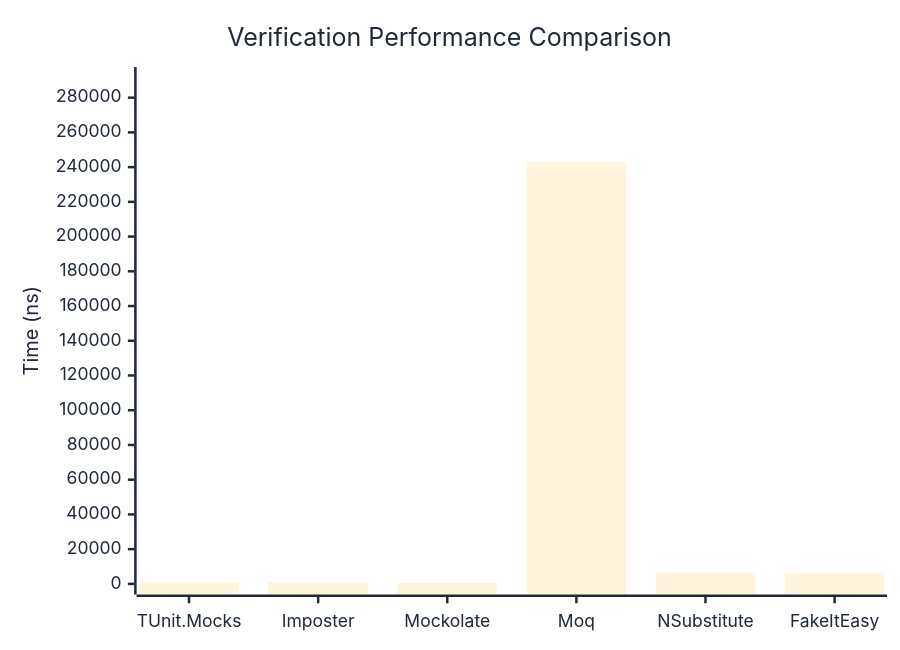
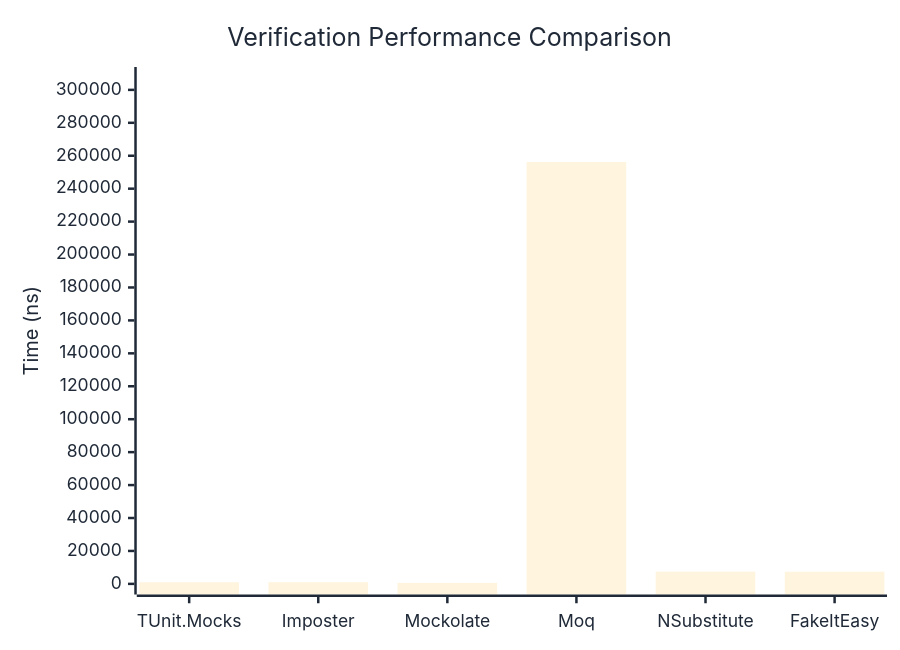
Before and after one commit to thomhurst/TUnit: the first of 3 diagrams in docs/docs/benchmarks/mocks/Verification.md, drawn with Mermaid. The commit also changed other lines of this file and 14 other files, not shown here.

````diff
--- a/docs/docs/benchmarks/mocks/Verification.md
+++ b/docs/docs/benchmarks/mocks/Verification.md
@@ -30,27 +30,27 @@
 ```mermaid
 %%{init: {
   'theme':'base',
   'themeVariables': {
     'primaryColor': '#2563eb',
     'primaryTextColor': '#1f2937',
     'primaryBorderColor': '#1e40af',
     'lineColor': '#6b7280',
     'secondaryColor': '#7c3aed',
     'tertiaryColor': '#dc2626',
     'background': '#ffffff',
     'pie1': '#2563eb',
     'pie2': '#7c3aed',
     'pie3': '#dc2626',
     'pie4': '#f59e0b',
     'pie5': '#10b981',
     'pie6': '#06b6d4',
     'pie7': '#ec4899',
     'pie8': '#6366f1'
   }
 }}%%
 xychart-beta
   title "Verification Performance Comparison"
   x-axis ["TUnit.Mocks", "Imposter", "Mockolate", "Moq", "NSubstitute", "FakeItEasy"]
-  y-axis "Time (ns)" 0 --> 291540
-  bar [781.86, 695.69, 410.35, 242949.91, 6519.32, 6417.06]
+  y-axis "Time (ns)" 0 --> 307438
+  bar [996.63, 1029.9, 582.88, 256197.99, 7438.36, 7377.24]
 ```
````
